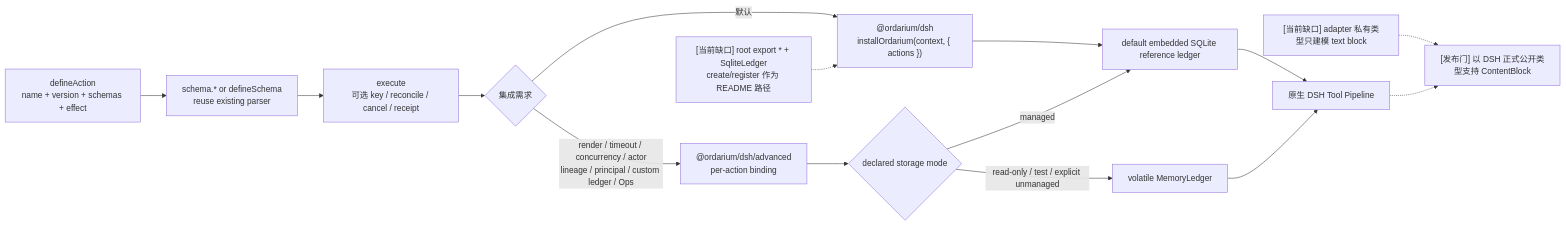
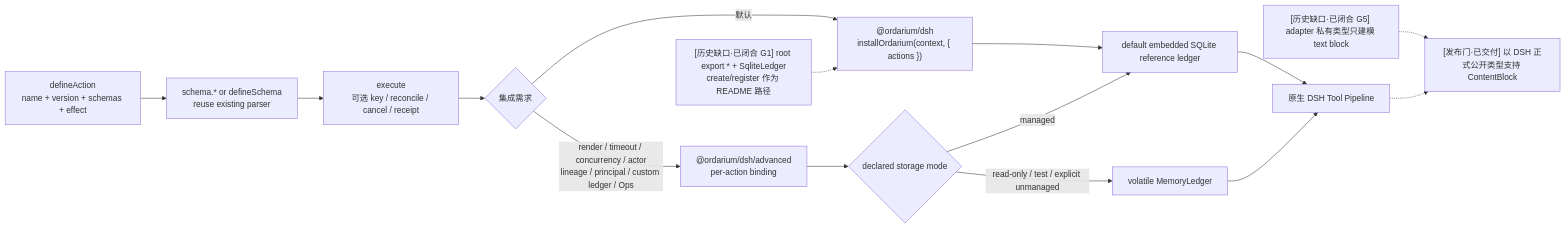
One commit to orangeofcarl0-sys/ordarium changed the ninth of 41 diagrams in docs/16-ordarium-mermaid-architecture-atlas.md. Above: the diagram before and after it, drawn with Mermaid. The commit also changed other lines of this file and 15 other files, not shown here.

````diff
--- a/docs/16-ordarium-mermaid-architecture-atlas.md
+++ b/docs/16-ordarium-mermaid-architecture-atlas.md
@@ -476,17 +476,17 @@
 ```mermaid
 flowchart LR
     DEFINE["defineAction<br/>name + version + schemas + effect"] --> SCHEMA["schema.* or defineSchema<br/>reuse existing parser"] --> LOGIC["execute<br/>可选 key / reconcile / cancel / receipt"]
     LOGIC --> CHOICE{"集成需求"}
     CHOICE -->|"默认"| SIMPLE["@ordarium/dsh<br/>installOrdarium(context, { actions })"]
     CHOICE -->|"render / timeout / concurrency / actor<br/>lineage / principal / custom ledger / Ops"| BINDING["@ordarium/dsh/advanced<br/>per-action binding"]
     SIMPLE --> SQLITE["default embedded SQLite reference ledger"]
     BINDING --> STORAGE{"declared storage mode"}
     STORAGE -->|"managed"| SQLITE
     STORAGE -->|"read-only / test / explicit unmanaged"| MEMORY["volatile MemoryLedger"]
     SQLITE --> DSH_PIPE["原生 DSH Tool Pipeline"]
     MEMORY --> DSH_PIPE
 
-    CURRENT_API["[当前缺口] root export * + SqliteLedger<br/>create/register 作为 README 路径"] -.-> SIMPLE
-    CURRENT_CONTENT["[当前缺口] adapter 私有类型只建模 text block"] -.-> CONTENT["[发布门] 以 DSH 正式公开类型支持 ContentBlock"]
+    CURRENT_API["[历史缺口·已闭合 G1] root export * + SqliteLedger<br/>create/register 作为 README 路径"] -.-> SIMPLE
+    CURRENT_CONTENT["[历史缺口·已闭合 G5] adapter 私有类型只建模 text block"] -.-> CONTENT["[发布门·已交付] 以 DSH 正式公开类型支持 ContentBlock"]
     DSH_PIPE -.-> CONTENT
 ```
````
